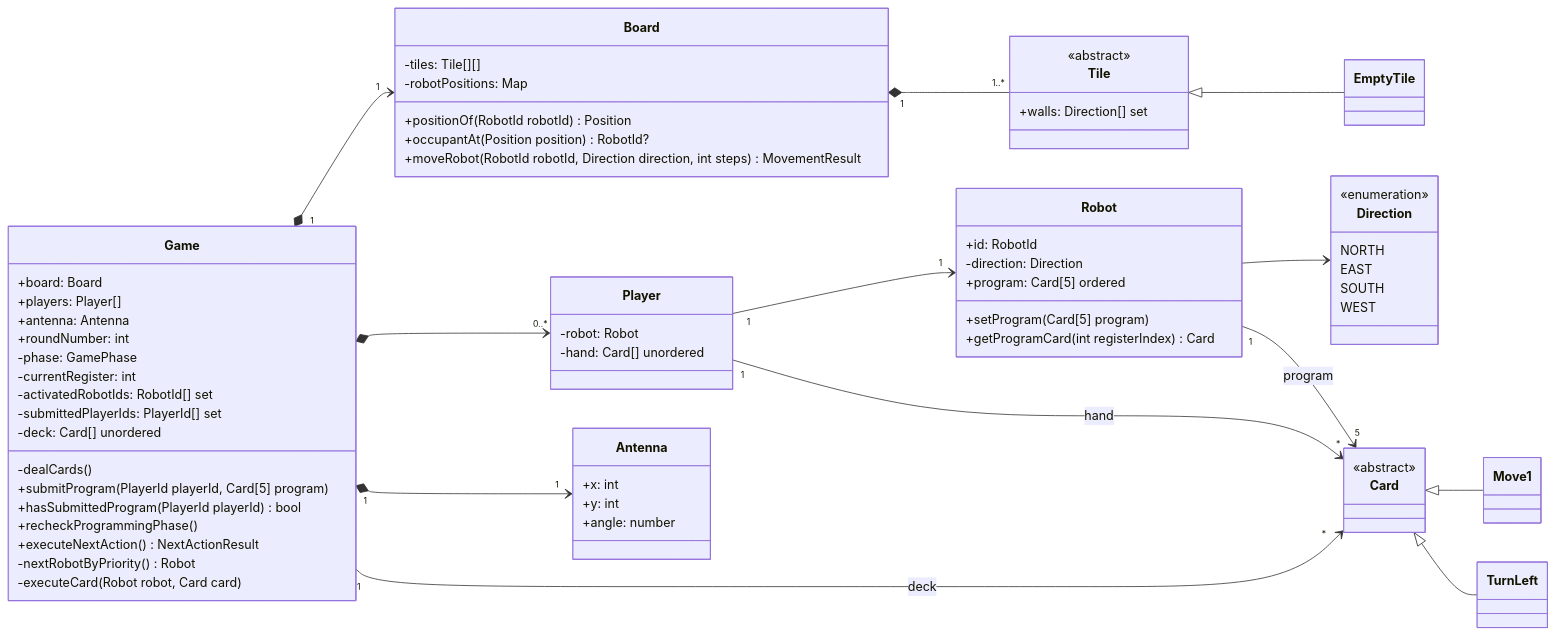
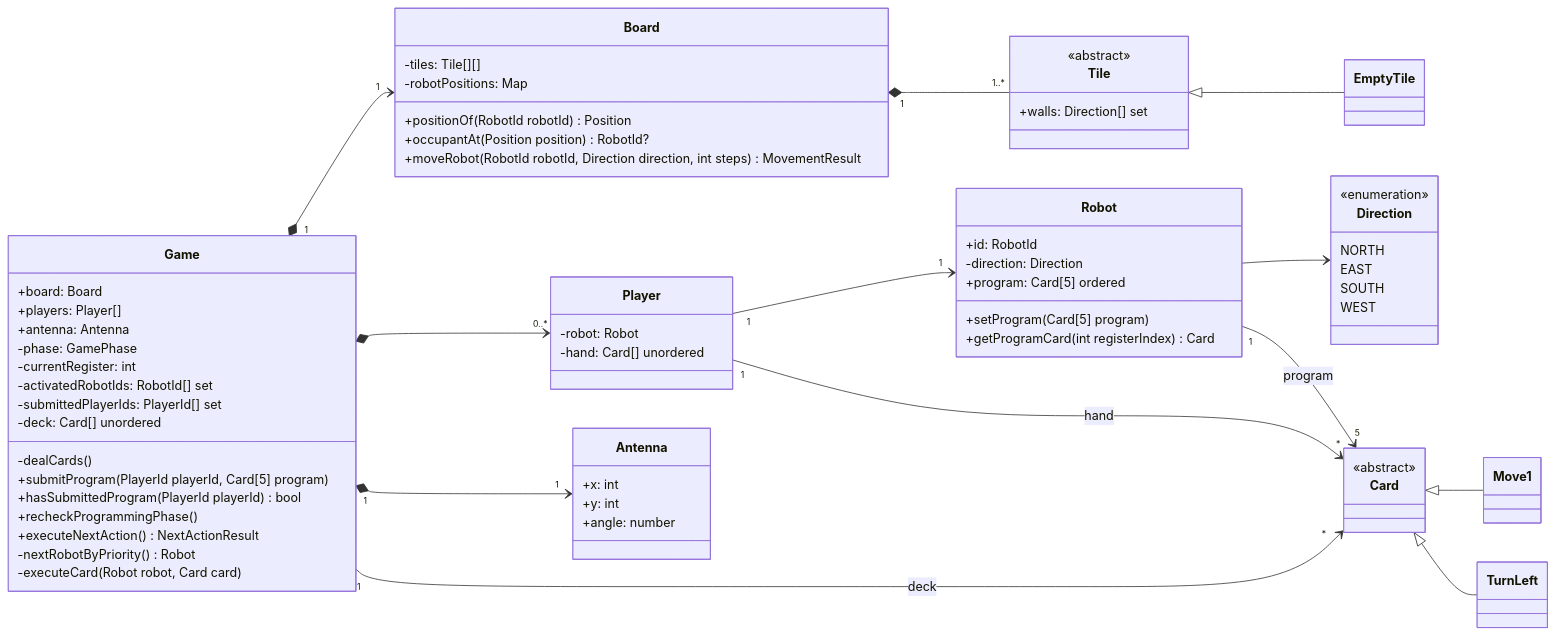
One commit to hananinas/RoboRally changed the diagram in docs/game_model_UML.md. Above: the diagram before and after it, drawn with Mermaid. The commit also changed other lines of this file and 25 other files, not shown here.

```diff
--- a/docs/game_model_UML.md
+++ b/docs/game_model_UML.md
@@ -9,7 +9,6 @@
         +board: Board
         +players: Player[]
         +antenna: Antenna
-        +roundNumber: int
         -phase: GamePhase
         -currentRegister: int
         -activatedRobotIds: RobotId[] set
```
